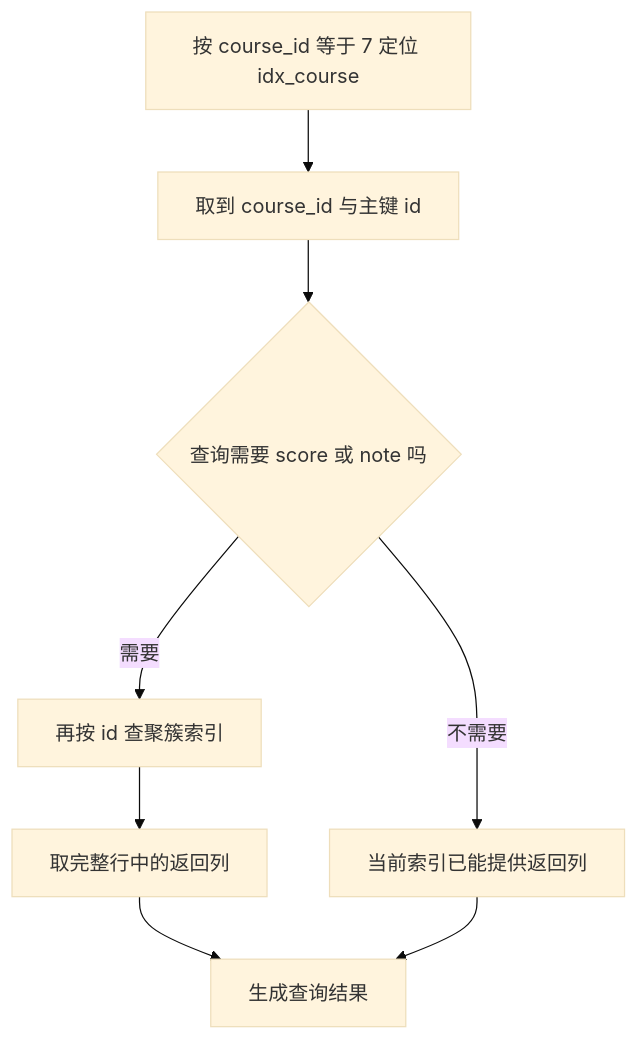
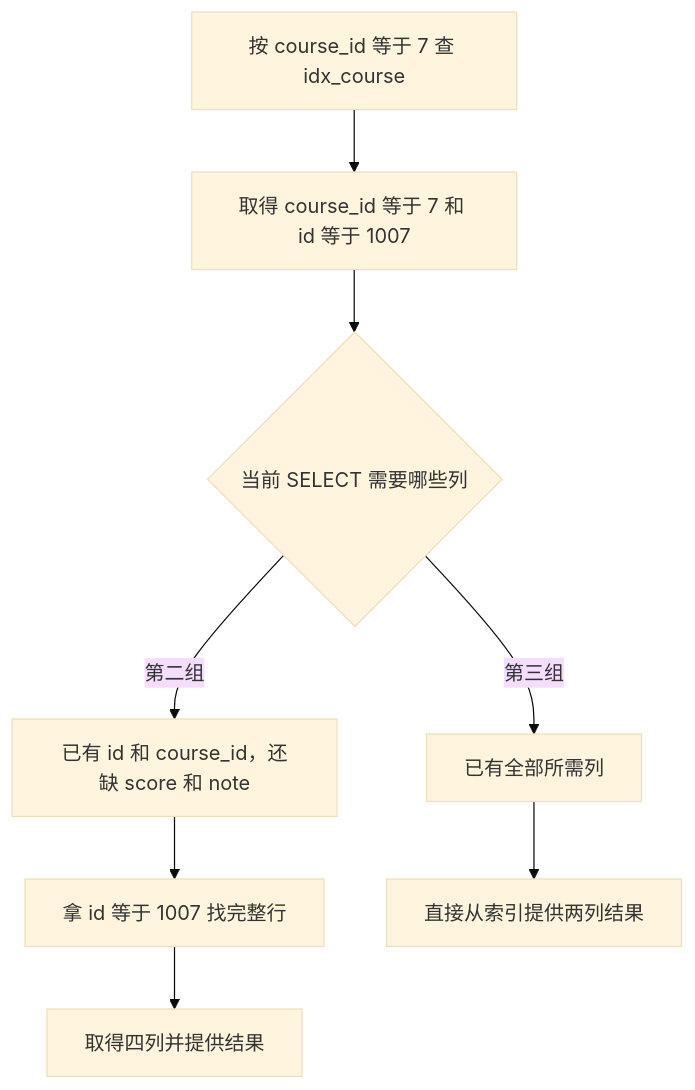
One commit to FxorG00/system-learning-notes changed the second of 2 diagrams in week13/day1/day1.md. Above: the diagram before and after it, drawn with Mermaid (base theme). The commit also changed other lines of this file and 18 other files, not shown here.

````diff
--- a/week13/day1/day1.md
+++ b/week13/day1/day1.md
@@ -522,10 +573,10 @@
 ```mermaid
 graph TD
-    A["按 course_id 等于 7 定位 idx_course"] --> B["取到 course_id 与主键 id"]
-    B --> C{"查询需要 score 或 note 吗"}
-    C -->|需要| D["再按 id 查聚簇索引"]
-    D --> E["取完整行中的返回列"]
-    C -->|不需要| F["当前索引已能提供返回列"]
-    E --> G["生成查询结果"]
-    F --> G
+    A["按 course_id 等于 7 查 idx_course"] --> B["取得 course_id 等于 7 和 id 等于 1007"]
+    B --> C{"当前 SELECT 需要哪些列"}
+    C -->|第二组| D["已有 id 和 course_id，还缺 score 和 note"]
+    D --> E["拿 id 等于 1007 找完整行"]
+    E --> F["取得四列并提供结果"]
+    C -->|第三组| G["已有全部所需列"]
+    G --> H["直接从索引提供两列结果"]
 ```
````
